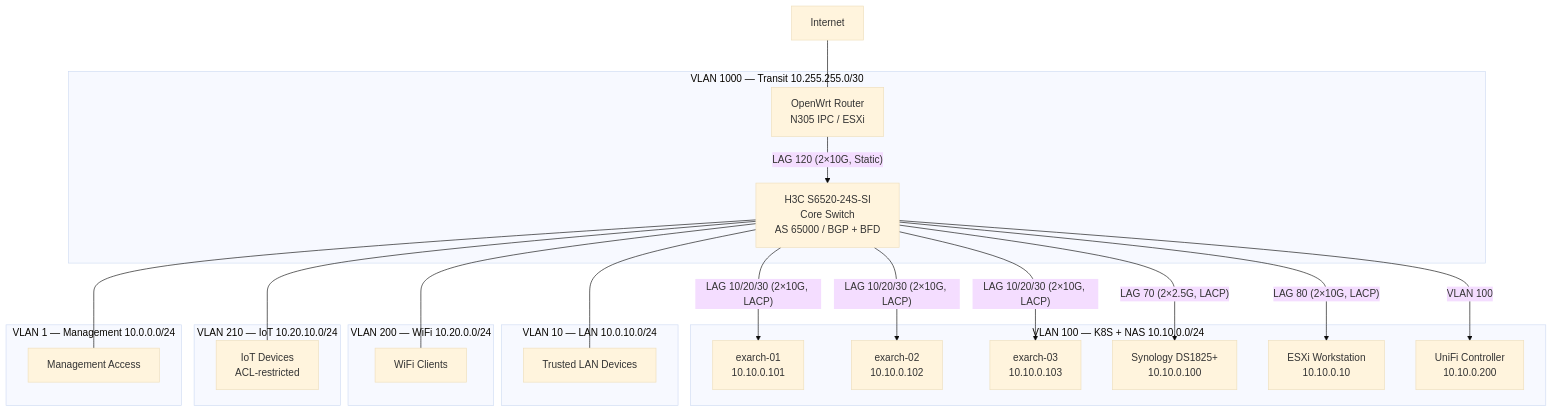
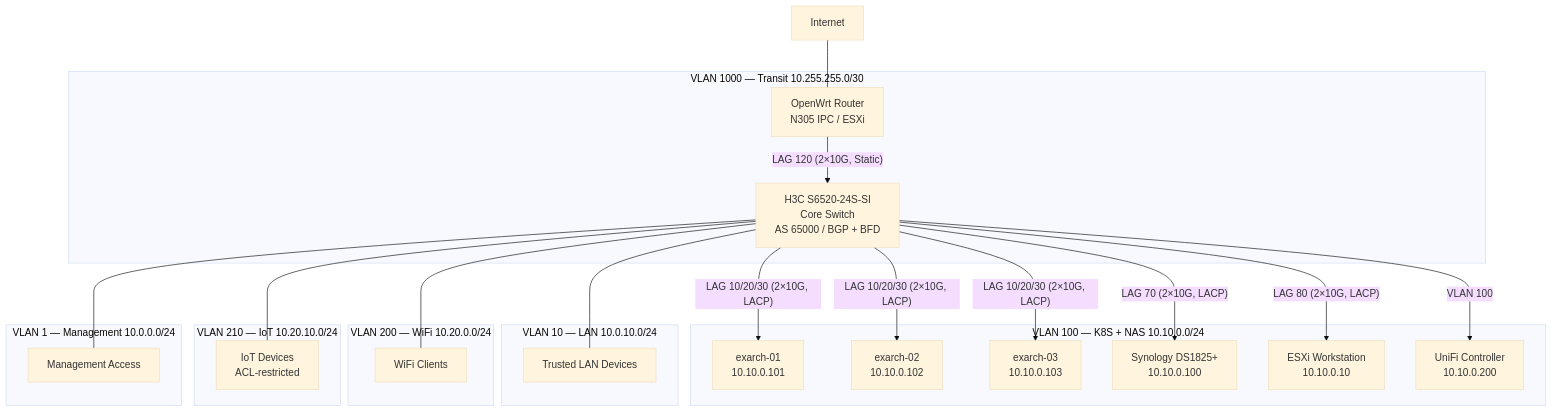
One commit to soulwhisper/home-ops changed the diagram in docs/infrastructure/networking.md. Above: the diagram before and after it, drawn with Mermaid (base theme). The commit also changed other lines of this file and 2 other files, not shown here.

First line of the commit message:
fix: NAS uplink is 10G SFP+ ext card; aiops key field renamed

````diff
--- a/docs/infrastructure/networking.md
+++ b/docs/infrastructure/networking.md
@@ -45,43 +45,43 @@
 ```mermaid
 graph TD
     INTERNET["Internet"]
     ROUTER["OpenWrt Router<br/>N305 IPC / ESXi"]
     SWITCH["H3C S6520-24S-SI<br/>Core Switch<br/>AS 65000 / BGP + BFD"]
     NODE1["exarch-01<br/>10.10.0.101"]
     NODE2["exarch-02<br/>10.10.0.102"]
     NODE3["exarch-03<br/>10.10.0.103"]
     NAS["Synology DS1825+<br/>10.10.0.100"]
     WS["ESXi Workstation<br/>10.10.0.10"]
     UNIFI["UniFi Controller<br/>10.10.0.200"]
 
     INTERNET --- ROUTER
 
     subgraph "VLAN 1000 — Transit 10.255.255.0/30"
         ROUTER -->|"LAG 120 (2×10G, Static)"| SWITCH
     end
 
     subgraph "VLAN 100 — K8S + NAS 10.10.0.0/24"
         SWITCH -->|"LAG 10/20/30 (2×10G, LACP)"| NODE1
         SWITCH -->|"LAG 10/20/30 (2×10G, LACP)"| NODE2
         SWITCH -->|"LAG 10/20/30 (2×10G, LACP)"| NODE3
-        SWITCH -->|"LAG 70 (2×2.5G, LACP)"| NAS
+        SWITCH -->|"LAG 70 (2×10G, LACP)"| NAS
         SWITCH -->|"LAG 80 (2×10G, LACP)"| WS
         SWITCH -->|"VLAN 100"| UNIFI
     end
 
     subgraph "VLAN 10 — LAN 10.0.10.0/24"
         SWITCH --- LAN["Trusted LAN Devices"]
     end
 
     subgraph "VLAN 200 — WiFi 10.20.0.0/24"
         SWITCH --- WIFI["WiFi Clients"]
     end
 
     subgraph "VLAN 210 — IoT 10.20.10.0/24"
         SWITCH --- IOT["IoT Devices<br/>ACL-restricted"]
     end
 
     subgraph "VLAN 1 — Management 10.0.0.0/24"
         SWITCH --- MGMT["Management Access"]
     end
 ```
````
